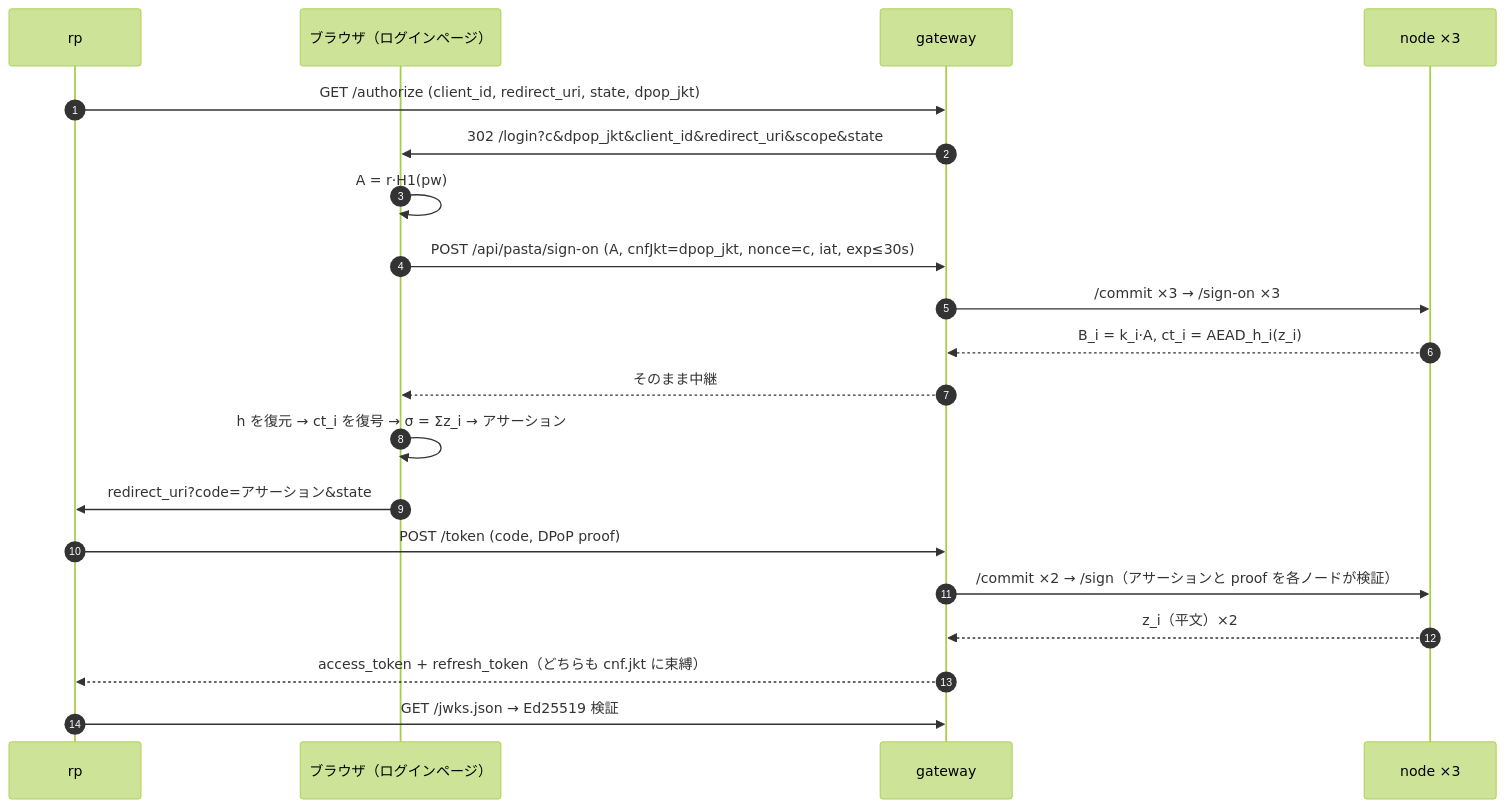
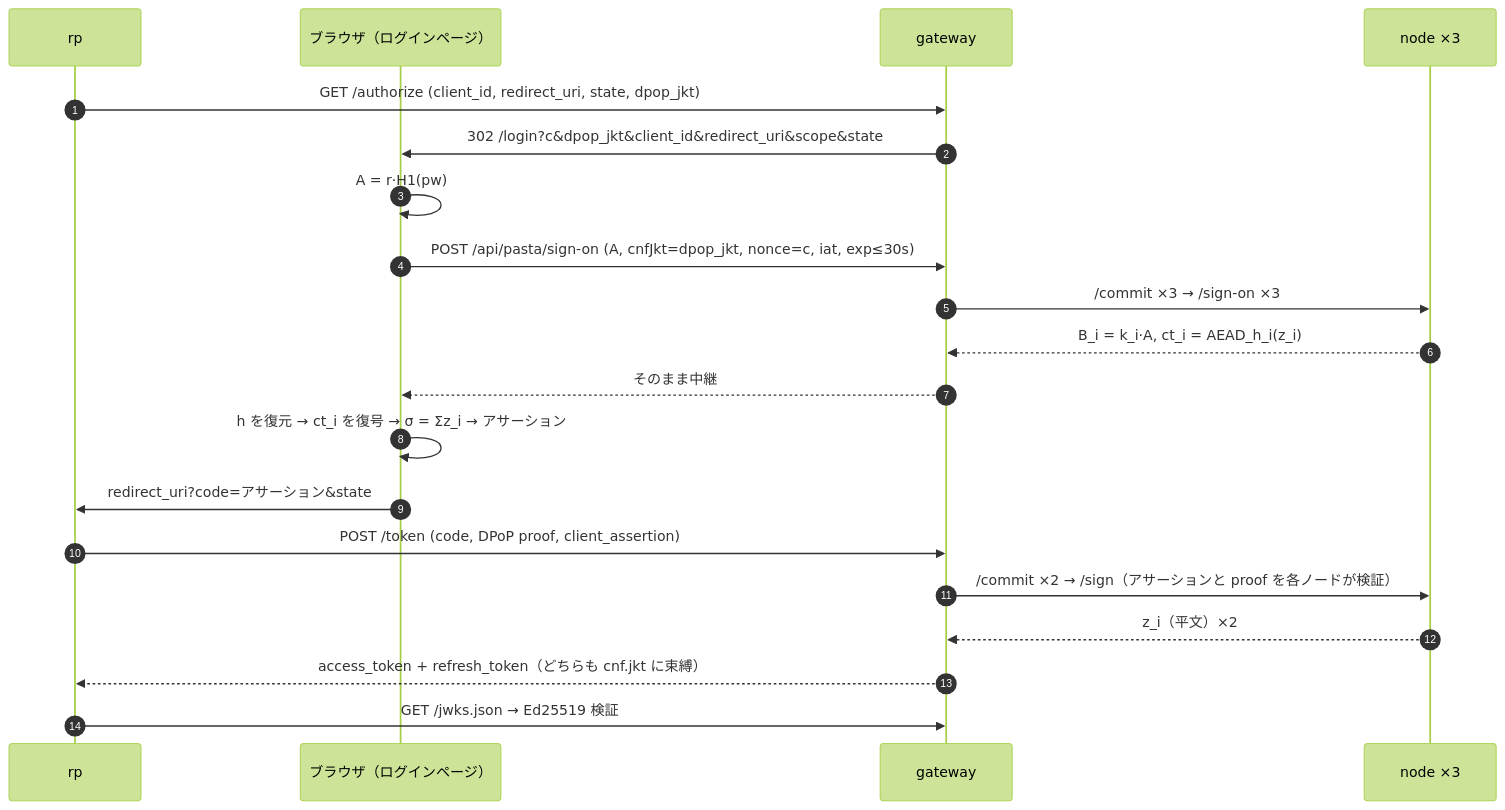
Before and after one commit to oskn259/decentralized_idp: the diagram in README.md, drawn with Mermaid (forest theme). The commit also changed other lines of this file and 23 other files, not shown here.

First line of the commit message:
Authenticate the client at /token with private_key_jwt

````diff
--- a/README.md
+++ b/README.md
@@ -46,23 +46,23 @@
 ```mermaid
 sequenceDiagram
     autonumber
     participant RP as rp
     participant B as ブラウザ（ログインページ）
     participant GW as gateway
     participant N as node ×3
 
     RP->>GW: GET /authorize (client_id, redirect_uri, state, dpop_jkt)
     GW->>B: 302 /login?c&dpop_jkt&client_id&redirect_uri&scope&state
     B->>B: A = r·H1(pw)
     B->>GW: POST /api/pasta/sign-on (A, cnfJkt=dpop_jkt, nonce=c, iat, exp≤30s)
     GW->>N: /commit ×3 → /sign-on ×3
     N-->>GW: B_i = k_i·A, ct_i = AEAD_h_i(z_i)
     GW-->>B: そのまま中継
     B->>B: h を復元 → ct_i を復号 → σ = Σz_i → アサーション
     B->>RP: redirect_uri?code=アサーション&state
-    RP->>GW: POST /token (code, DPoP proof)
+    RP->>GW: POST /token (code, DPoP proof, client_assertion)
     GW->>N: /commit ×2 → /sign（アサーションと proof を各ノードが検証）
     N-->>GW: z_i（平文）×2
     GW-->>RP: access_token + refresh_token（どちらも cnf.jkt に束縛）
     RP->>GW: GET /jwks.json → Ed25519 検証
 ```
````
